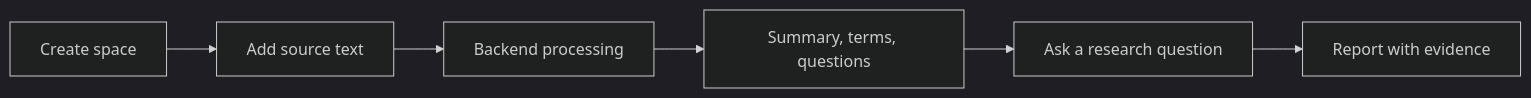
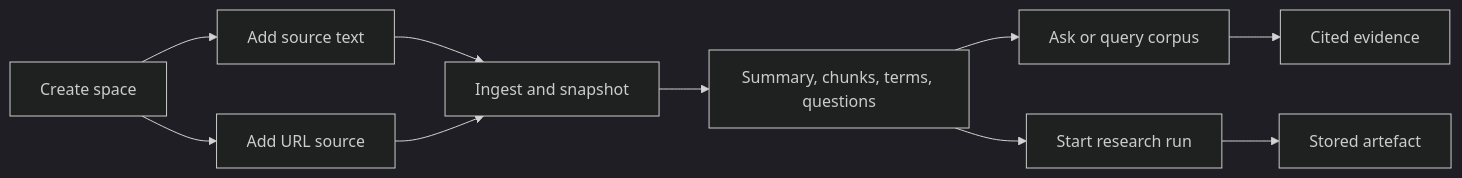
One commit to AndrewNeudegg/lab changed the diagram in docs/knowledge-space.md. Above: the diagram before and after it, drawn with Mermaid (dark theme). The commit also changed other lines of this file and 24 other files, not shown here.

Commit message:
Expand Knowledge into research corpus

````diff
--- a/docs/knowledge-space.md
+++ b/docs/knowledge-space.md
@@ -7,8 +7,12 @@
 ```mermaid
 flowchart LR
   Space[Create space] --> Source[Add source text]
-  Source --> Process[Backend processing]
-  Process --> Terms[Summary, terms, questions]
-  Terms --> Ask[Ask a research question]
-  Ask --> Report[Report with evidence]
+  Space --> URL[Add URL source]
+  Source --> Process[Ingest and snapshot]
+  URL --> Process
+  Process --> Index[Summary, chunks, terms, questions]
+  Index --> Ask[Ask or query corpus]
+  Ask --> Evidence[Cited evidence]
+  Index --> Run[Start research run]
+  Run --> Report[Stored artefact]
 ```
````
